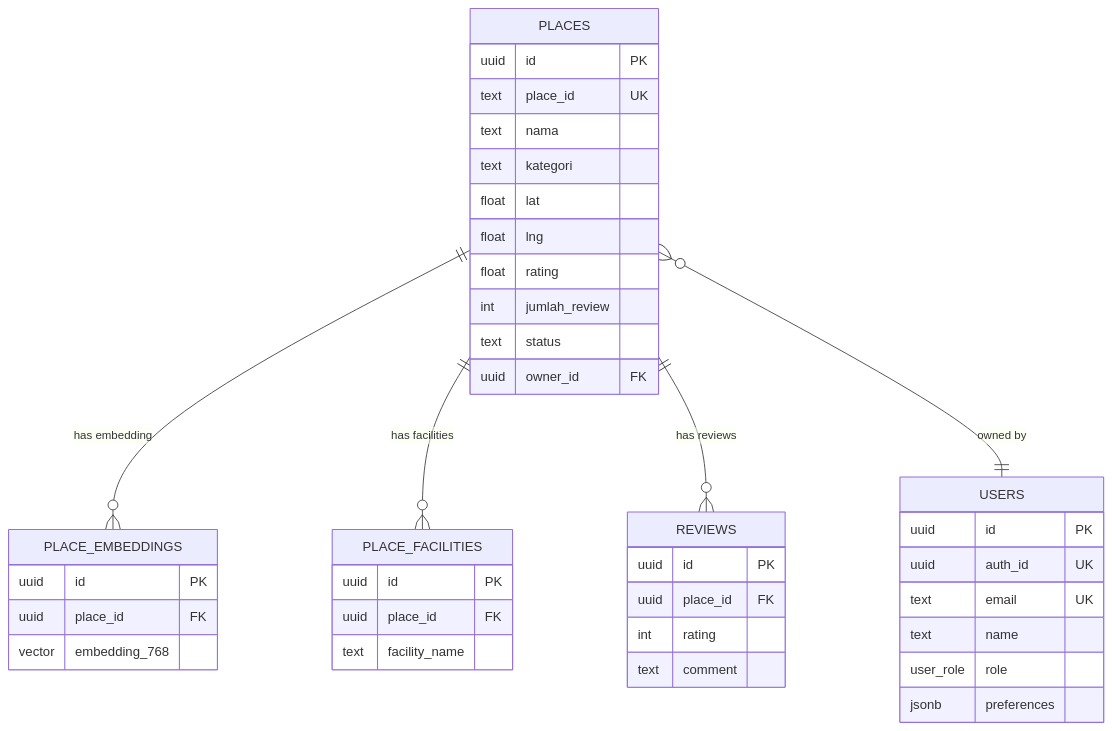
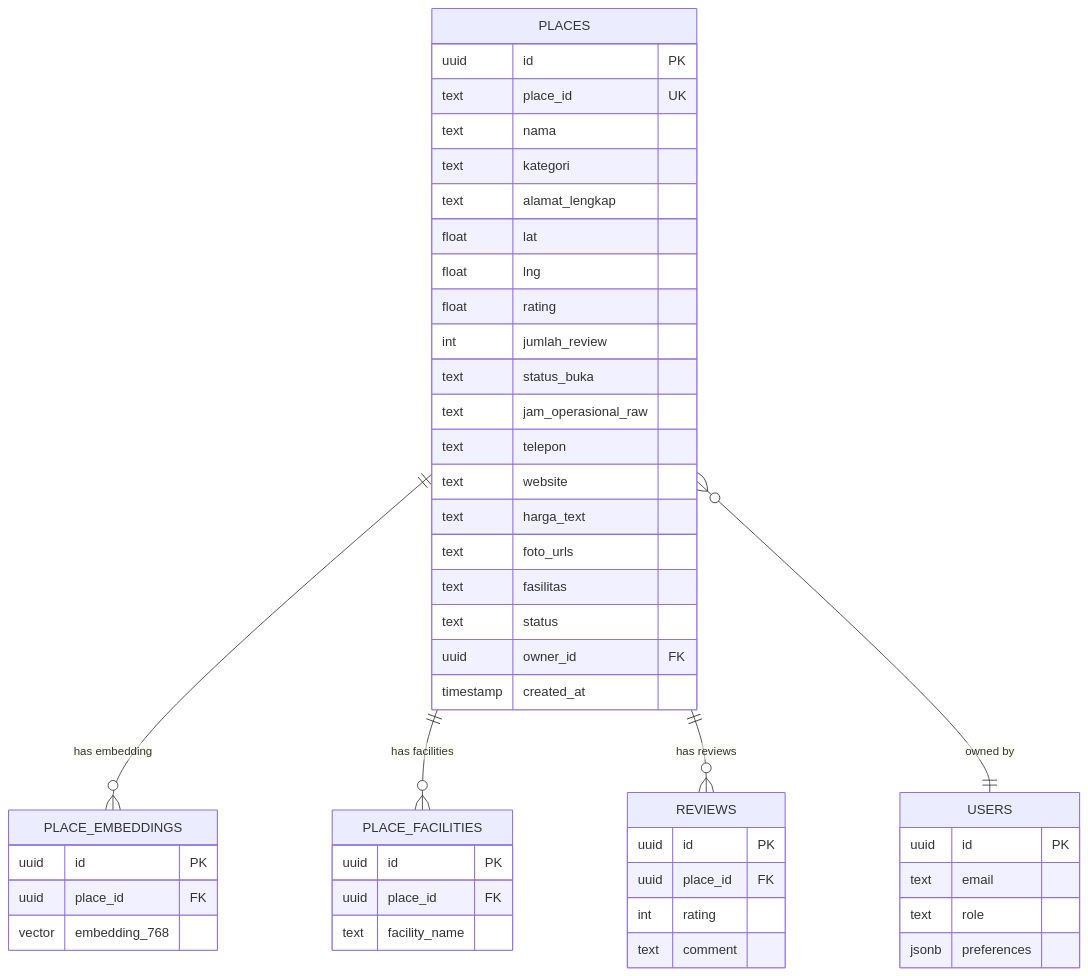
One commit to sayyidoliem/ruang-sela changed the sixth of 6 diagrams in README.md. Above: the diagram before and after it, drawn with Mermaid. The commit also changed other lines of this file, not shown here.

````diff
--- a/README.md
+++ b/README.md
@@ -259,44 +603,55 @@
 ```mermaid
 erDiagram
     PLACES {
         uuid id PK
         text place_id UK
         text nama
         text kategori
+        text alamat_lengkap
         float lat
         float lng
         float rating
         int jumlah_review
+        text status_buka
+        text jam_operasional_raw
+        text telepon
+        text website
+        text harga_text
+        text foto_urls
+        text fasilitas
         text status
         uuid owner_id FK
+        timestamp created_at
     }
+
     PLACE_EMBEDDINGS {
         uuid id PK
         uuid place_id FK
         vector embedding_768
     }
+
     PLACE_FACILITIES {
         uuid id PK
         uuid place_id FK
         text facility_name
     }
+
     REVIEWS {
         uuid id PK
         uuid place_id FK
         int rating
         text comment
     }
+
     USERS {
         uuid id PK
-        uuid auth_id UK
-        text email UK
-        text name
-        user_role role
+        text email
+        text role
         jsonb preferences
     }
 
     PLACES ||--o{ PLACE_EMBEDDINGS : "has embedding"
     PLACES ||--o{ PLACE_FACILITIES : "has facilities"
     PLACES ||--o{ REVIEWS : "has reviews"
     PLACES }o--|| USERS : "owned by"
 ```
````
